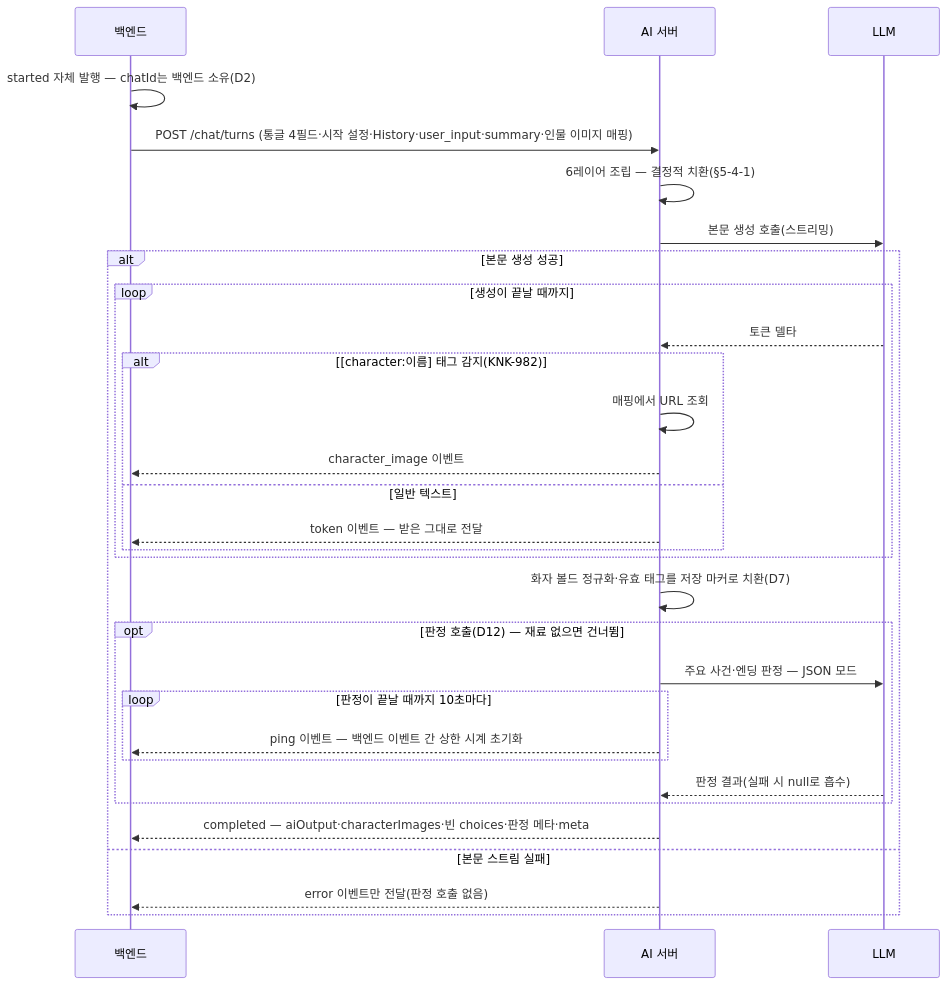
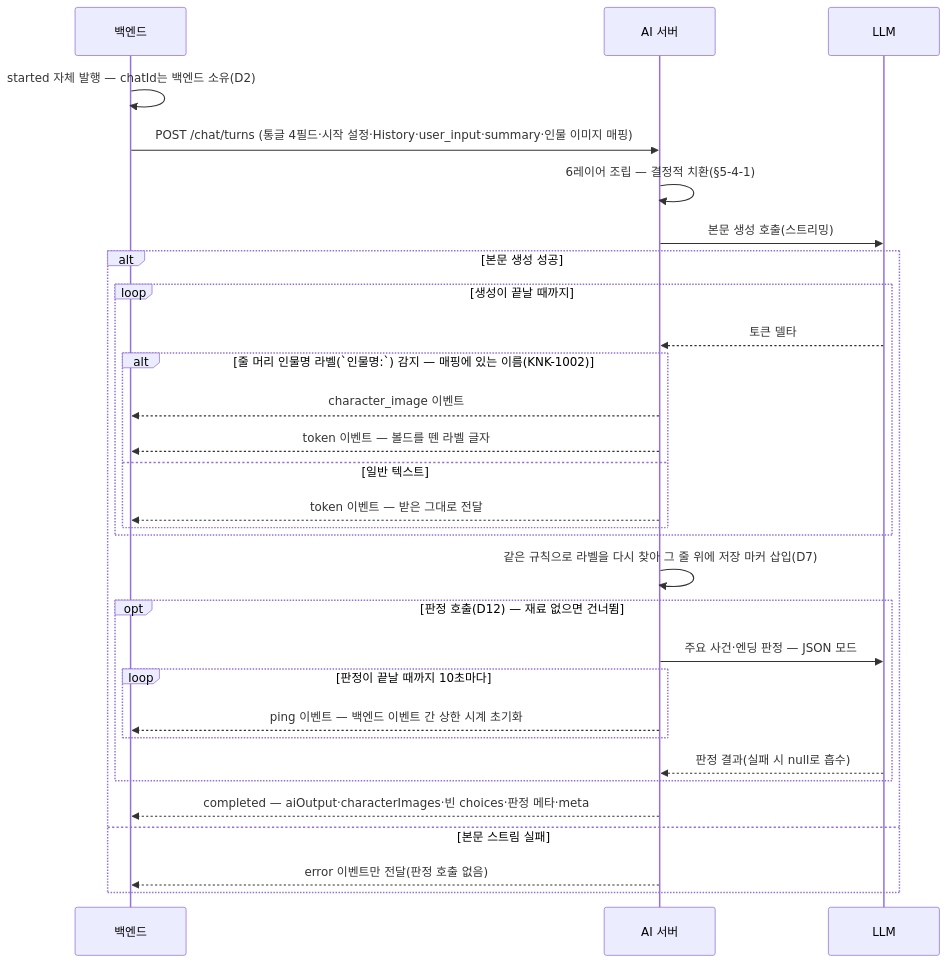
One commit to KIM-N-KANG/knk-harness changed the fourth of 8 diagrams in docs/product-specs/5-ai-server.md. Above: the diagram before and after it, drawn with Mermaid. The commit also changed other lines of this file, not shown here.

First line of the commit message:
[KNK-1003] Docs: 채팅 인물 이미지 스펙을 인물명 라벨 감지 구현(PR #95)에 맞게 갱신

````diff
--- a/docs/product-specs/5-ai-server.md
+++ b/docs/product-specs/5-ai-server.md
@@ -585,33 +585,33 @@
 ```mermaid
 sequenceDiagram
     participant BE as 백엔드
     participant AI as AI 서버
     participant LLM as LLM
 
     BE->>BE: started 자체 발행 — chatId는 백엔드 소유(D2)
     BE->>AI: POST /chat/turns (통글 4필드·시작 설정·History·user_input·summary·인물 이미지 매핑)
     AI->>AI: 6레이어 조립 — 결정적 치환(§5-4-1)
     AI->>LLM: 본문 생성 호출(스트리밍)
     alt 본문 생성 성공
         loop 생성이 끝날 때까지
             LLM-->>AI: 토큰 델타
-            alt [character:이름] 태그 감지(KNK-982)
-                AI->>AI: 매핑에서 URL 조회
+            alt 줄 머리 인물명 라벨(`인물명:`) 감지 — 매핑에 있는 이름(KNK-1002)
                 AI-->>BE: character_image 이벤트
+                AI-->>BE: token 이벤트 — 볼드를 뗀 라벨 글자
             else 일반 텍스트
                 AI-->>BE: token 이벤트 — 받은 그대로 전달
             end
         end
-        AI->>AI: 화자 볼드 정규화·유효 태그를 저장 마커로 치환(D7)
+        AI->>AI: 같은 규칙으로 라벨을 다시 찾아 그 줄 위에 저장 마커 삽입(D7)
         opt 판정 호출(D12) — 재료 없으면 건너뜀
             AI->>LLM: 주요 사건·엔딩 판정 — JSON 모드
             loop 판정이 끝날 때까지 10초마다
                 AI-->>BE: ping 이벤트 — 백엔드 이벤트 간 상한 시계 초기화
             end
             LLM-->>AI: 판정 결과(실패 시 null로 흡수)
         end
         AI-->>BE: completed — aiOutput·characterImages·빈 choices·판정 메타·meta
     else 본문 스트림 실패
         AI-->>BE: error 이벤트만 전달(판정 호출 없음)
     end
 ```
````
